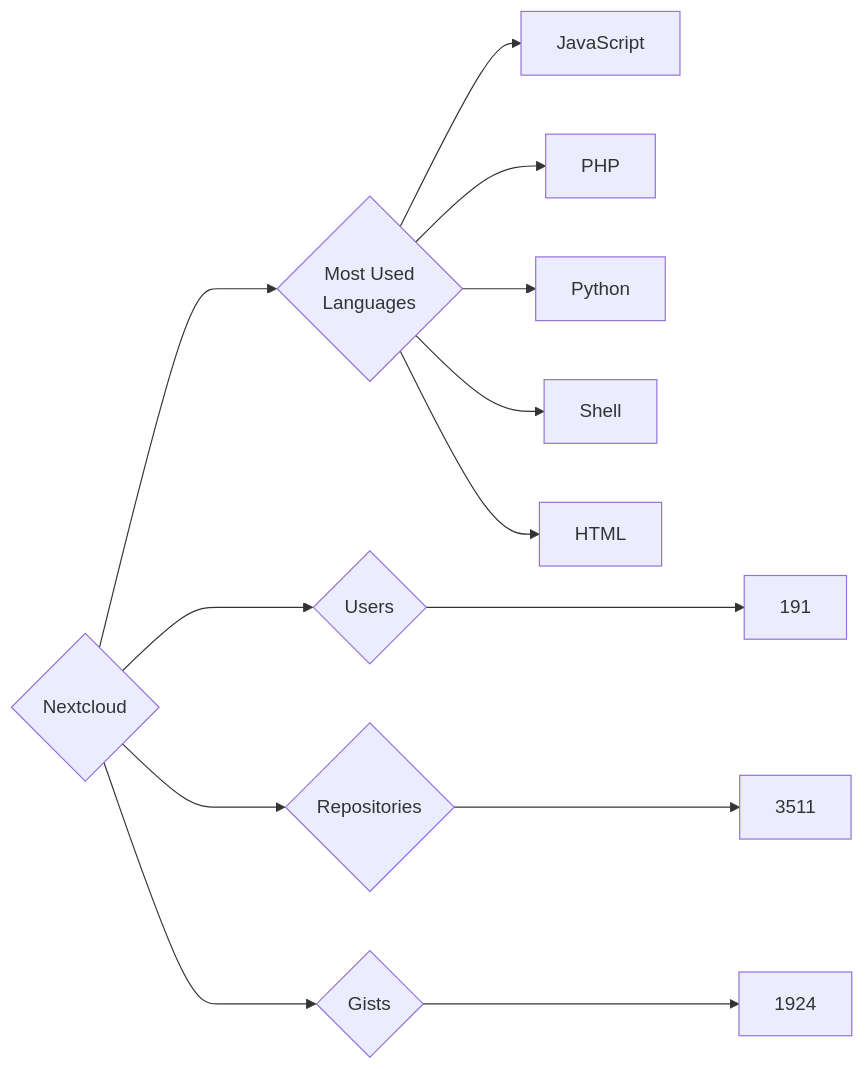
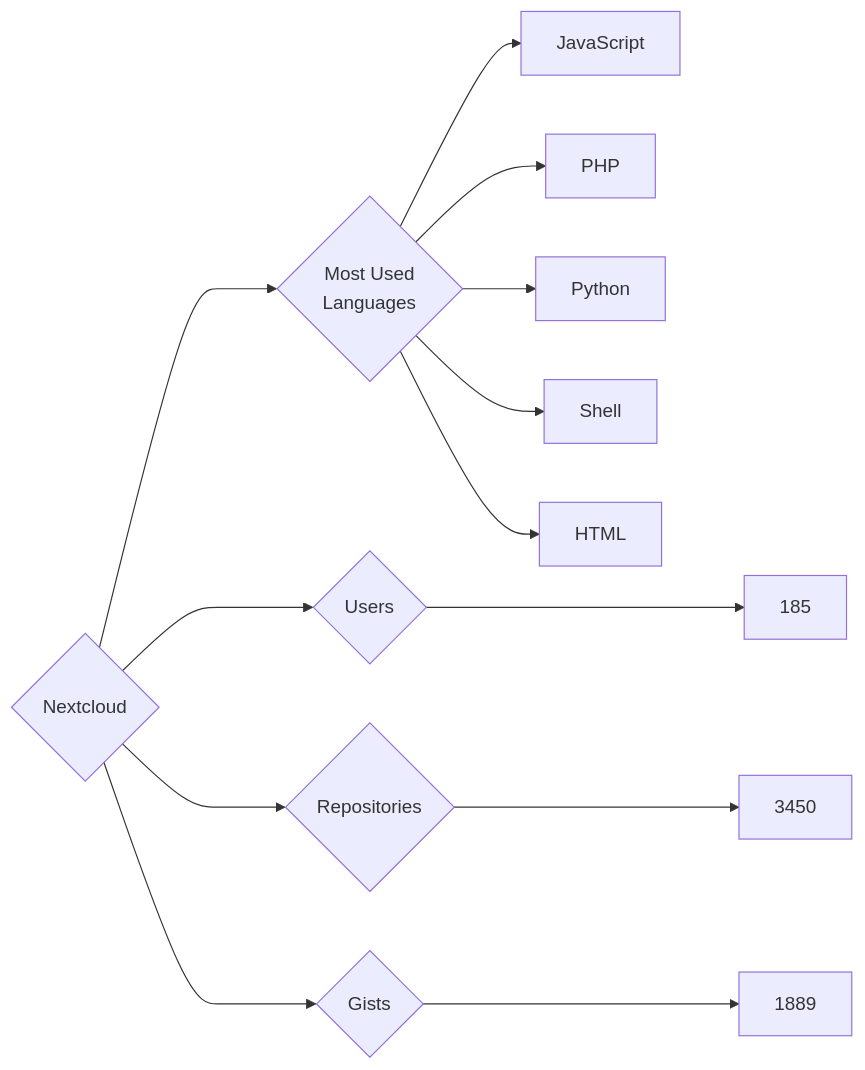
The diagram in targets/Nextcloud/README.md (trickest/insiders), drawn with Mermaid before and after one commit. The commit also changed 835 other files, not shown here.

````diff
--- a/targets/Nextcloud/README.md
+++ b/targets/Nextcloud/README.md
@@ -3,13 +3,13 @@
 ```mermaid
 graph LR
 COMPANY_NAME{Nextcloud}
-COMPANY_NAME ---> U{Users} ---> UN[191]
-COMPANY_NAME ---> R{Repositories} ---> RN[3511]
-COMPANY_NAME ---> G{Gists} ---> GN[1924]
+COMPANY_NAME ---> U{Users} ---> UN[185]
+COMPANY_NAME ---> R{Repositories} ---> RN[3450]
+COMPANY_NAME ---> G{Gists} ---> GN[1889]
 COMPANY_NAME ---> ML{Most Used<br>Languages}
 ML --> JavaScript[JavaScript]
 ML --> PHP[PHP]
 ML --> Python[Python]
 ML --> Shell[Shell]
 ML --> HTML[HTML]
 ```
````
